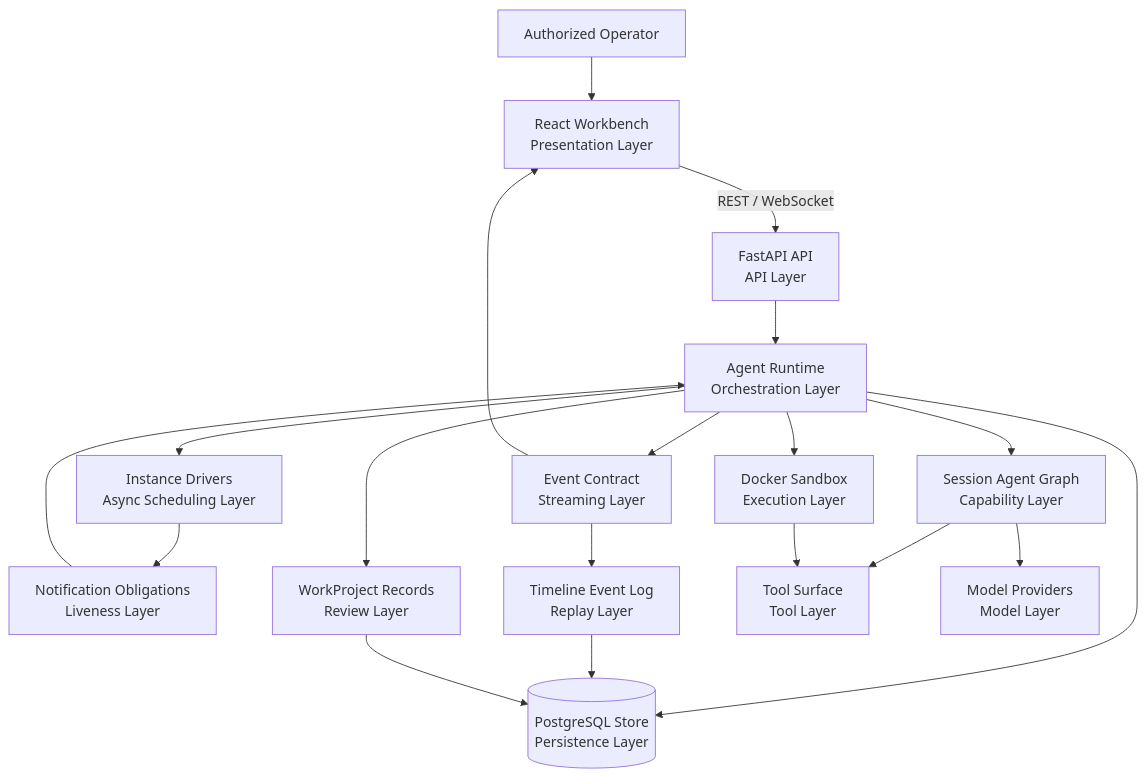
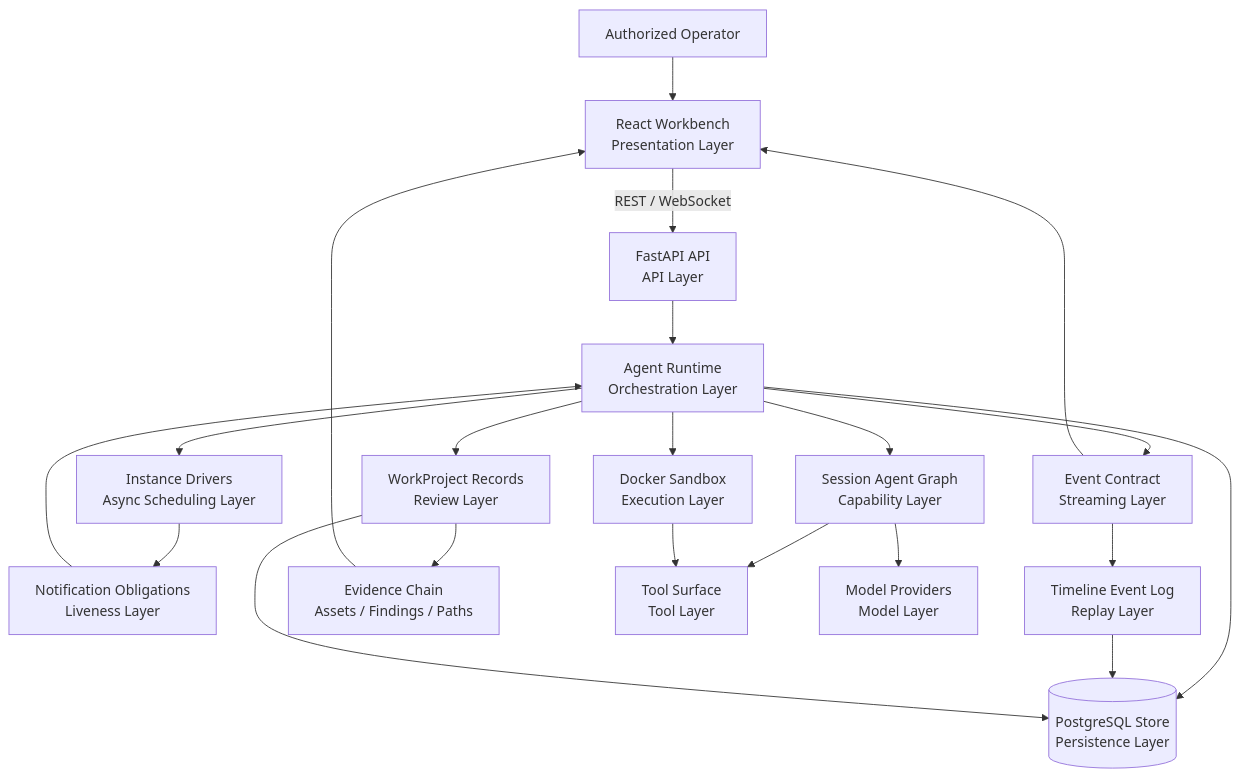
The first of 7 diagrams in README.md (MolTau9527/Z3r0), drawn with Mermaid before and after one commit. The commit also changed other lines of this file and 19 other files, not shown here.

````diff
--- a/README.md
+++ b/README.md
@@ -39,36 +41,39 @@
 ```mermaid
 flowchart TB
   Operator["Authorized Operator"]
   Workbench["React Workbench<br/>Presentation Layer"]
   API["FastAPI API<br/>API Layer"]
   Runtime["Agent Runtime<br/>Orchestration Layer"]
   Drivers["Instance Drivers<br/>Async Scheduling Layer"]
   Notifications["Notification Obligations<br/>Liveness Layer"]
   Graph["Session Agent Graph<br/>Capability Layer"]
   Timeline["Timeline Event Log<br/>Replay Layer"]
   Record["WorkProject Records<br/>Review Layer"]
+  Evidence["Evidence Chain<br/>Assets / Findings / Paths"]
   Sandbox["Docker Sandbox<br/>Execution Layer"]
   Tools["Tool Surface<br/>Tool Layer"]
   Models["Model Providers<br/>Model Layer"]
   Events["Event Contract<br/>Streaming Layer"]
   Store[("PostgreSQL Store<br/>Persistence Layer")]
 
   Operator --> Workbench
   Workbench -->|REST / WebSocket| API
   API --> Runtime
   Runtime --> Drivers
   Runtime --> Graph
   Runtime --> Record
   Runtime --> Sandbox
   Runtime --> Events
   Runtime --> Store
   Drivers --> Notifications
   Notifications --> Runtime
   Events --> Timeline
   Timeline --> Store
   Graph --> Tools
   Graph --> Models
   Sandbox --> Tools
   Record --> Store
+  Record --> Evidence
+  Evidence --> Workbench
   Events --> Workbench
 ```
````
